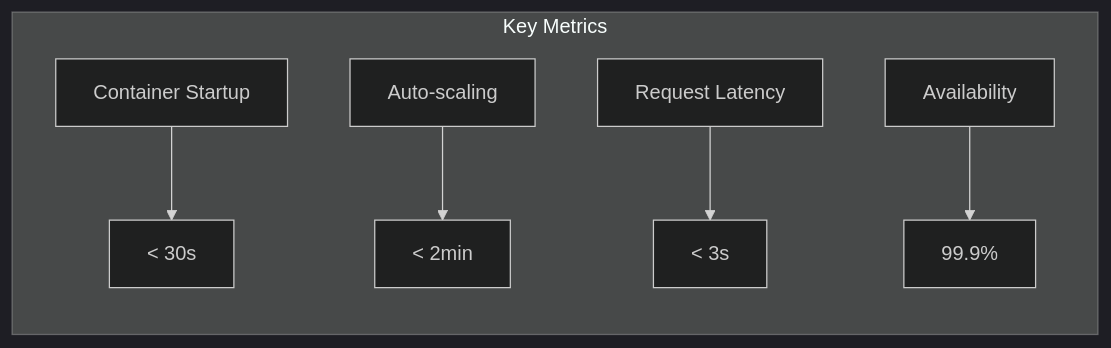
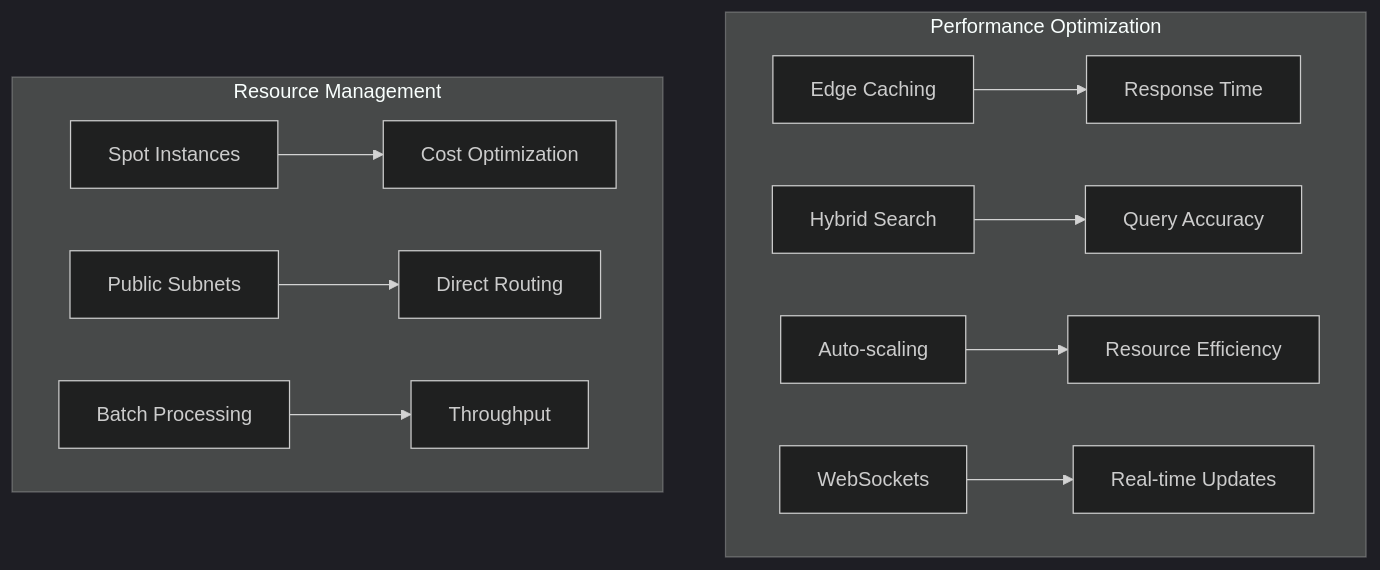
The second of 4 diagrams in memory-bank/productContext.md (laialex501/lorechat-cdk), drawn with Mermaid (dark theme) before and after one commit. The commit also changed other lines of this file and 7 other files, not shown here.

````diff
--- a/memory-bank/productContext.md
+++ b/memory-bank/productContext.md
@@ -33,9 +61,15 @@
 ```mermaid
-graph LR
-    subgraph "Key Metrics"
-        A[Container Startup] --> B[< 30s]
-        C[Auto-scaling] --> D[< 2min]
-        E[Request Latency] --> F[< 3s]
-        G[Availability] --> H[99.9%]
+graph TD
+    subgraph "Performance Optimization"
+        A[Edge Caching] --> B[Response Time]
+        C[Hybrid Search] --> D[Query Accuracy]
+        E[Auto-scaling] --> F[Resource Efficiency]
+        G[WebSockets] --> H[Real-time Updates]
+    end
+    
+    subgraph "Resource Management"
+        I[Spot Instances] --> J[Cost Optimization]
+        K[Public Subnets] --> L[Direct Routing]
+        M[Batch Processing] --> N[Throughput]
     end
 ```
````
